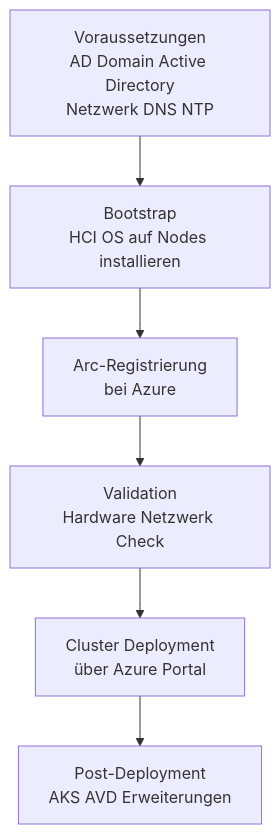
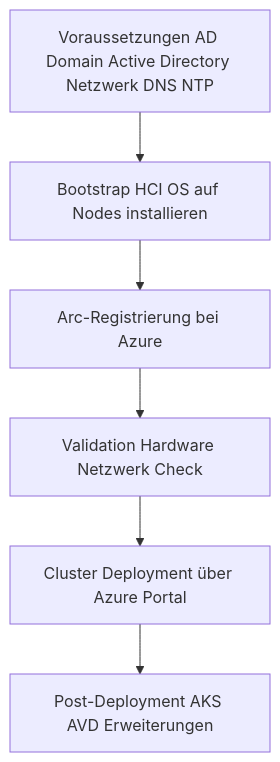
Before and after one commit to SoniiiT/notes-n-docs: the third of 6 diagrams in Microsoft 365/Azure/Arc/Azure Stack HCI.md, drawn with Mermaid. The commit also changed other lines of this file and 124 other files, not shown here.

First line of the commit message:
fix: Entferne \n aus allen Mermaid-Diagrammen (125 Dateien)

````diff
--- a/Microsoft 365/Azure/Arc/Azure Stack HCI.md
+++ b/Microsoft 365/Azure/Arc/Azure Stack HCI.md
@@ -155,15 +155,15 @@
 ```mermaid
 graph TD
-    PREREQ[Voraussetzungen\nAD Domain Active Directory\nNetzwerk DNS NTP]
-    BOOTSTRAP[Bootstrap\nHCI OS auf Nodes installieren]
-    REGISTER[Arc-Registrierung\nbei Azure]
-    VALIDATE[Validation\nHardware Netzwerk Check]
-    DEPLOY[Cluster Deployment\nüber Azure Portal]
-    POST[Post-Deployment\nAKS AVD Erweiterungen]
+    PREREQ[Voraussetzungen AD Domain Active Directory Netzwerk DNS NTP]
+    BOOTSTRAP[Bootstrap HCI OS auf Nodes installieren]
+    REGISTER[Arc-Registrierung bei Azure]
+    VALIDATE[Validation Hardware Netzwerk Check]
+    DEPLOY[Cluster Deployment über Azure Portal]
+    POST[Post-Deployment AKS AVD Erweiterungen]
 
     PREREQ --> BOOTSTRAP
     BOOTSTRAP --> REGISTER
     REGISTER --> VALIDATE
     VALIDATE --> DEPLOY
     DEPLOY --> POST
 ```
````
